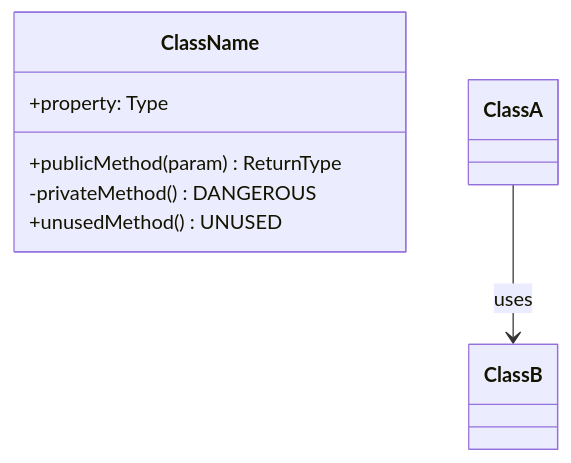
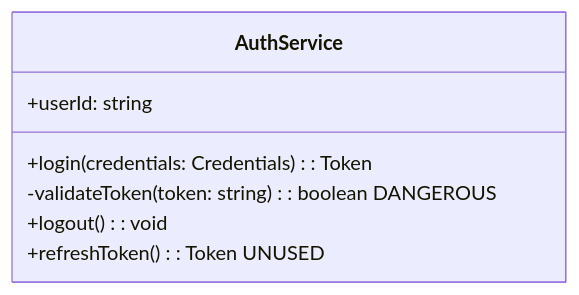
Before and after one commit to gmbarragam/claude-skills: the second of 6 diagrams in document/SKILL.md, drawn with Mermaid. The commit also changed other lines of this file, not shown here.

````diff
--- a/document/SKILL.md
+++ b/document/SKILL.md
@@ -407,10 +479,10 @@
 ```mermaid
 classDiagram
-    class ClassName {
-        +publicMethod(param) ReturnType
-        -privateMethod() DANGEROUS
-        +unusedMethod() UNUSED
-        +property: Type
+    class AuthService {
+        +login(credentials: Credentials): Token
+        -validateToken(token: string): boolean DANGEROUS
+        +logout(): void
+        +refreshToken(): Token UNUSED
+        +userId: string
     }
-    ClassA --> ClassB : uses
 ```
````
